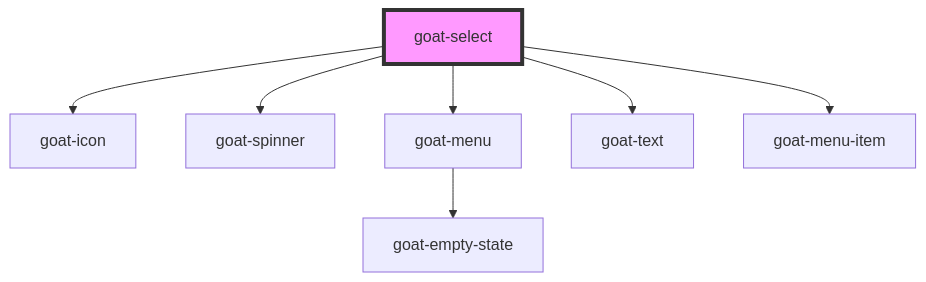
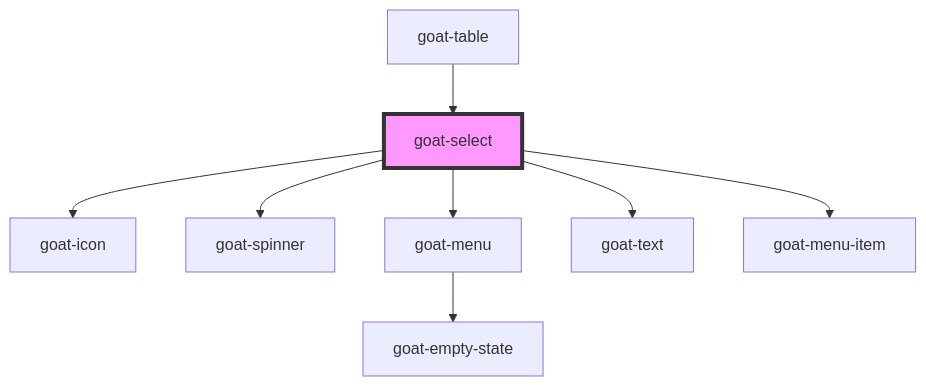
One commit to goatui/components changed the diagram in src/components/form/select/readme.md. Above: the diagram before and after it, drawn with Mermaid. The commit also changed other lines of this file and 6 other files, not shown here.

````diff
--- a/src/components/form/select/readme.md
+++ b/src/components/form/select/readme.md
@@ -84,10 +88,11 @@
 ```mermaid
 graph TD;
   goat-select --> goat-icon
   goat-select --> goat-spinner
   goat-select --> goat-menu
   goat-select --> goat-text
   goat-select --> goat-menu-item
   goat-menu --> goat-empty-state
+  goat-table --> goat-select
   style goat-select fill:#f9f,stroke:#333,stroke-width:4px
 ```
````
